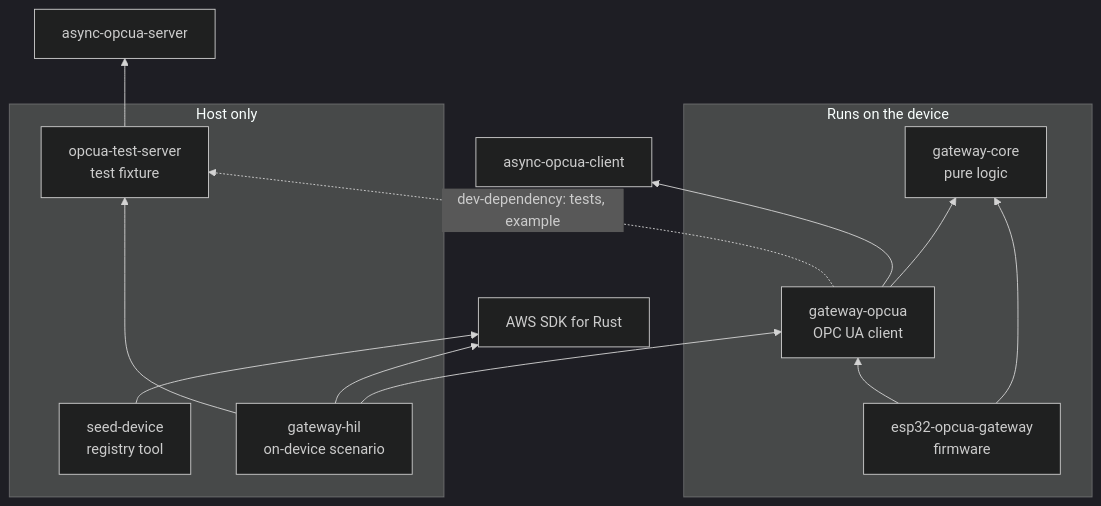
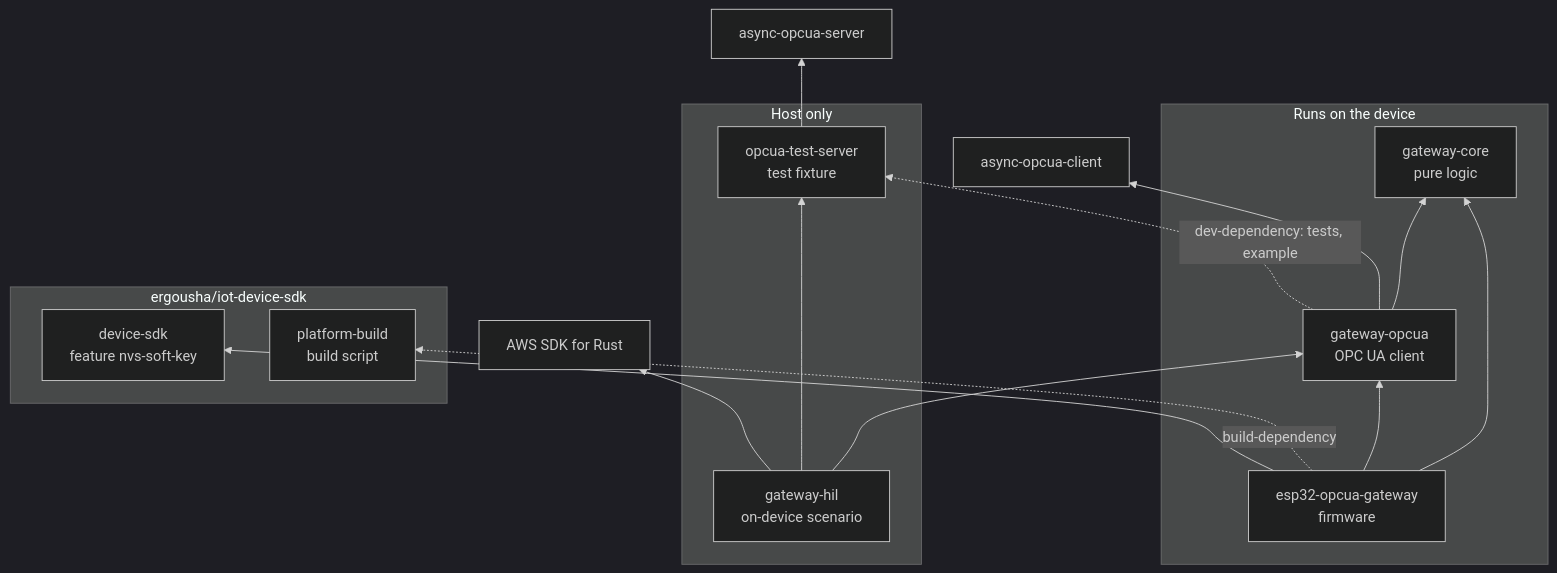
The ninth of 10 diagrams in README.md (ergousha/esp32-opcua-gateway-rust), drawn with Mermaid (dark theme) before and after one commit. The commit also changed other lines of this file and 37 other files, not shown here.

First line of the commit message:
feat: move the cloud link onto the platform device SDK; transitional WiFi move

````diff
--- a/README.md
+++ b/README.md
@@ -442,27 +503,31 @@
 ```mermaid
 flowchart BT
     subgraph device["Runs on the device"]
         fw["esp32-opcua-gateway<br/>firmware"]
         opcua["gateway-opcua<br/>OPC UA client"]
         core["gateway-core<br/>pure logic"]
     end
     subgraph host["Host only"]
         ts["opcua-test-server<br/>test fixture"]
         hil["gateway-hil<br/>on-device scenario"]
-        seed["seed-device<br/>registry tool"]
+    end
+    subgraph sdkrepo["ergousha/iot-device-sdk"]
+        sdk["device-sdk<br/>feature nvs-soft-key"]
+        pbuild["platform-build<br/>build script"]
     end
     aclient["async-opcua-client"]
     aserver["async-opcua-server"]
     aws["AWS SDK for Rust"]
 
     fw --> opcua
     fw --> core
+    fw --> sdk
+    fw -.->|"build-dependency"| pbuild
     opcua --> core
     opcua --> aclient
     ts --> aserver
     hil --> opcua
     hil --> ts
     hil --> aws
-    seed --> aws
     opcua -.->|"dev-dependency: tests, example"| ts
 ```
````
